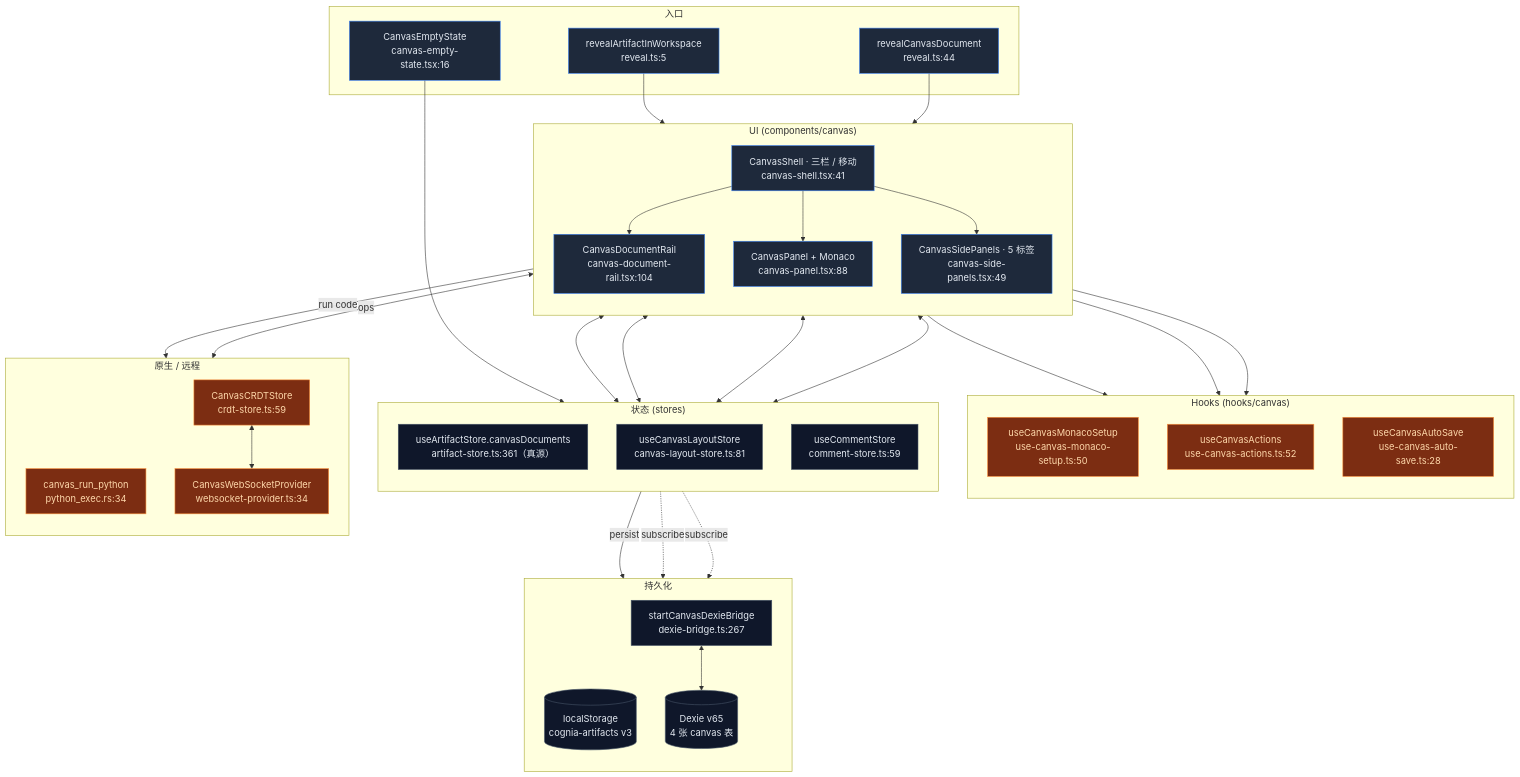
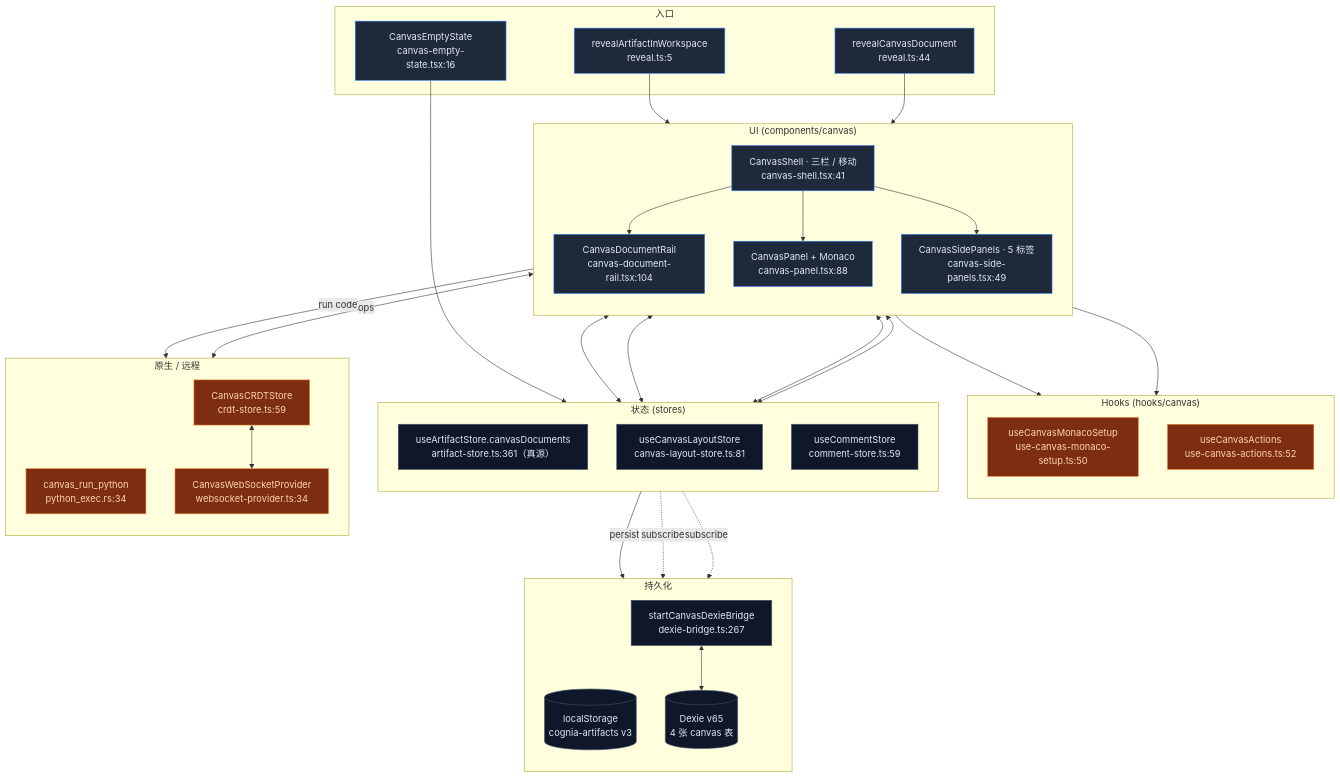
The first of 2 diagrams in docs/content/docs/zh/subsystems/canvas/index.mdx (MaxQian888/cognia-next), drawn with Mermaid before and after one commit. The commit also changed other lines of this file and 43 other files, not shown here.

````diff
--- a/docs/content/docs/zh/subsystems/canvas/index.mdx
+++ b/docs/content/docs/zh/subsystems/canvas/index.mdx
@@ -65,70 +65,68 @@
 ```mermaid
 flowchart TB
   subgraph IN["入口"]
     REVEAL["revealArtifactInWorkspace<br/>reveal.ts:5"]
     REVEALDOC["revealCanvasDocument<br/>reveal.ts:44"]
     EMPTY["CanvasEmptyState<br/>canvas-empty-state.tsx:16"]
   end
 
   subgraph UI["UI (components/canvas)"]
     direction TB
     SHELL["CanvasShell · 三栏 / 移动<br/>canvas-shell.tsx:41"]
     RAIL["CanvasDocumentRail<br/>canvas-document-rail.tsx:104"]
     PANEL["CanvasPanel + Monaco<br/>canvas-panel.tsx:88"]
     SIDE["CanvasSidePanels · 5 标签<br/>canvas-side-panels.tsx:49"]
   end
 
   subgraph HOOKS["Hooks (hooks/canvas)"]
     direction TB
     SETUP["useCanvasMonacoSetup<br/>use-canvas-monaco-setup.ts:50"]
     ACT["useCanvasActions<br/>use-canvas-actions.ts:52"]
-    AUTOSAVE["useCanvasAutoSave<br/>use-canvas-auto-save.ts:28"]
   end
 
   subgraph STATE["状态 (stores)"]
     direction TB
     ART["useArtifactStore.canvasDocuments<br/>artifact-store.ts:361（真源）"]
     LAYOUT["useCanvasLayoutStore<br/>canvas-layout-store.ts:81"]
     CMT["useCommentStore<br/>comment-store.ts:59"]
   end
 
   subgraph PERSIST["持久化"]
     direction TB
     LS[("localStorage<br/>cognia-artifacts v3")]
     BRIDGE["startCanvasDexieBridge<br/>dexie-bridge.ts:267"]
     DEX[("Dexie v65<br/>4 张 canvas 表")]
   end
 
   subgraph NATIVE["原生 / 远程"]
     direction TB
     PY["canvas_run_python<br/>python_exec.rs:34"]
     CRDT["CanvasCRDTStore<br/>crdt-store.ts:59"]
     WS["CanvasWebSocketProvider<br/>websocket-provider.ts:34"]
   end
 
   REVEAL --> SHELL
   REVEALDOC --> SHELL
   EMPTY --> ART
   SHELL --> RAIL & PANEL & SIDE
   PANEL --> SETUP
   PANEL --> ACT
-  PANEL --> AUTOSAVE
   RAIL <--> ART
   PANEL <--> ART
   SIDE <--> CMT
   SIDE <--> LAYOUT
   ART -- persist --> LS
   ART -. subscribe .-> BRIDGE
   CMT -. subscribe .-> BRIDGE
   BRIDGE <--> DEX
   SIDE -- run code --> PY
   PANEL <-- ops --> CRDT
   CRDT <--> WS
 
   classDef state fill:#0f172a,stroke:#475569,color:#e2e8f0
   classDef ui fill:#1e293b,stroke:#3b82f6,color:#e2e8f0
   classDef native fill:#7c2d12,stroke:#fb923c,color:#fed7aa
   class ART,LAYOUT,CMT,LS,DEX,BRIDGE state
   class SHELL,RAIL,PANEL,SIDE,REVEAL,REVEALDOC,EMPTY ui
-  class PY,CRDT,WS,SETUP,ACT,AUTOSAVE native
+  class PY,CRDT,WS,SETUP,ACT native
 ```
````
